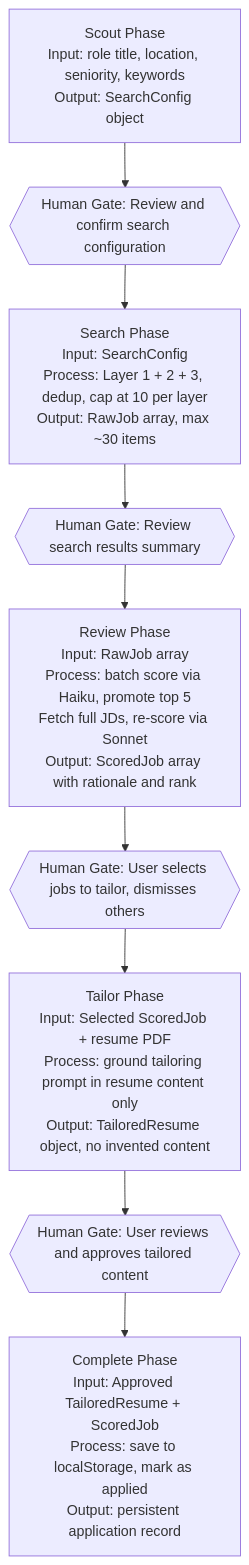
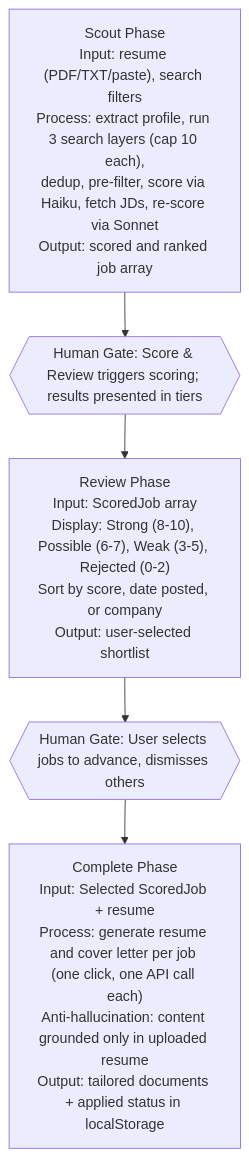
Before and after one commit to CarmenReed/AI-Claude-Code-Ecosystem: the diagram in peelaway-logic/docs/architecture/diagrams/pipeline-data-flow.mermaid, drawn with Mermaid. The commit also changed 12 other files, not shown here.

```diff
--- a/peelaway-logic/docs/architecture/diagrams/pipeline-data-flow.mermaid
+++ b/peelaway-logic/docs/architecture/diagrams/pipeline-data-flow.mermaid
@@ -1,24 +1,16 @@
 %% Pipeline Data Flow
 %% Data contracts between phases: what goes in, what comes out, where human gates sit
 %% Human gates are first-class nodes, not just transitions
 
 flowchart TD
-    A["Scout Phase\nInput: role title, location, seniority, keywords\nOutput: SearchConfig object"]
+    A["Scout Phase\nInput: resume (PDF/TXT/paste), search filters\nProcess: extract profile, run 3 search layers (cap 10 each),\ndedup, pre-filter, score via Haiku, fetch JDs, re-score via Sonnet\nOutput: scored and ranked job array"]
 
-    Gate1{{"Human Gate: Review and confirm search configuration"}}
+    Gate1{{"Human Gate: Score & Review triggers scoring; results presented in tiers"}}
 
-    B["Search Phase\nInput: SearchConfig\nProcess: Layer 1 + 2 + 3, dedup, cap at 10 per layer\nOutput: RawJob array, max ~30 items"]
+    B["Review Phase\nInput: ScoredJob array\nDisplay: Strong (8-10), Possible (6-7), Weak (3-5), Rejected (0-2)\nSort by score, date posted, or company\nOutput: user-selected shortlist"]
 
-    Gate2{{"Human Gate: Review search results summary"}}
+    Gate2{{"Human Gate: User selects jobs to advance, dismisses others"}}
 
-    C["Review Phase\nInput: RawJob array\nProcess: batch score via Haiku, promote top 5\nFetch full JDs, re-score via Sonnet\nOutput: ScoredJob array with rationale and rank"]
+    C["Complete Phase\nInput: Selected ScoredJob + resume\nProcess: generate resume and cover letter per job (one click, one API call each)\nAnti-hallucination: content grounded only in uploaded resume\nOutput: tailored documents + applied status in localStorage"]
 
-    Gate3{{"Human Gate: User selects jobs to tailor, dismisses others"}}
-
-    D["Tailor Phase\nInput: Selected ScoredJob + resume PDF\nProcess: ground tailoring prompt in resume content only\nOutput: TailoredResume object, no invented content"]
-
-    Gate4{{"Human Gate: User reviews and approves tailored content"}}
-
-    E["Complete Phase\nInput: Approved TailoredResume + ScoredJob\nProcess: save to localStorage, mark as applied\nOutput: persistent application record"]
-
-    A --> Gate1 --> B --> Gate2 --> C --> Gate3 --> D --> Gate4 --> E
+    A --> Gate1 --> B --> Gate2 --> C
```
